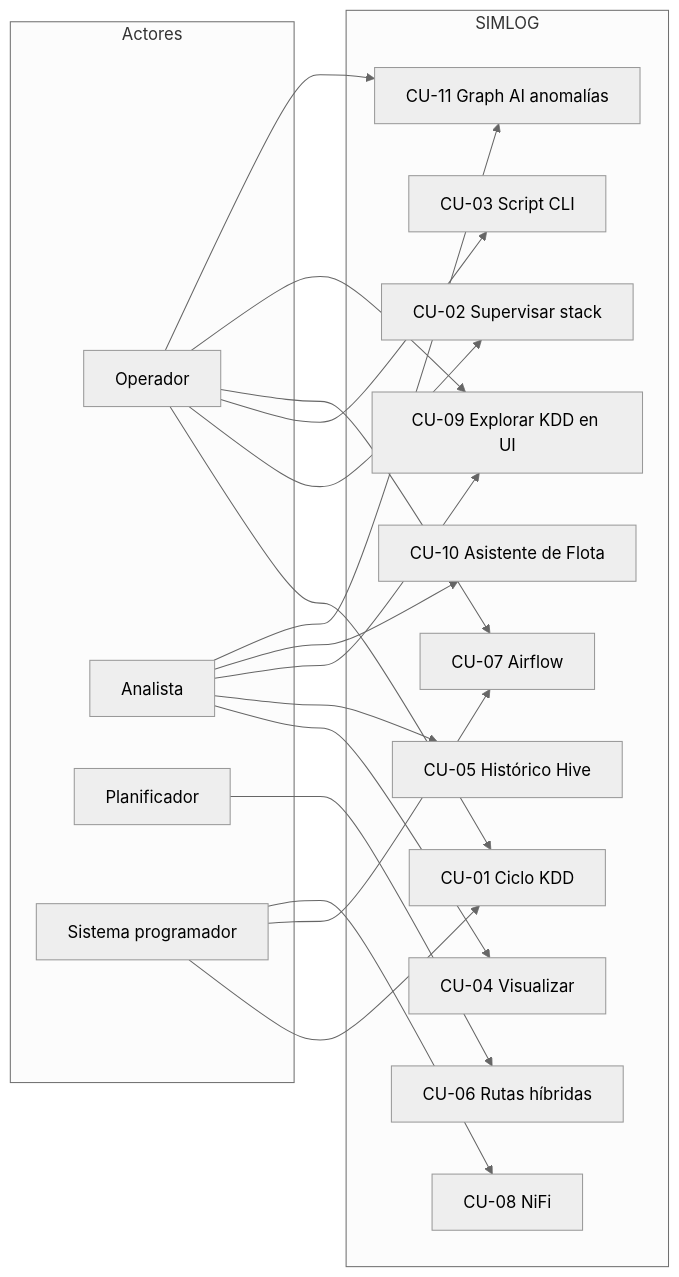
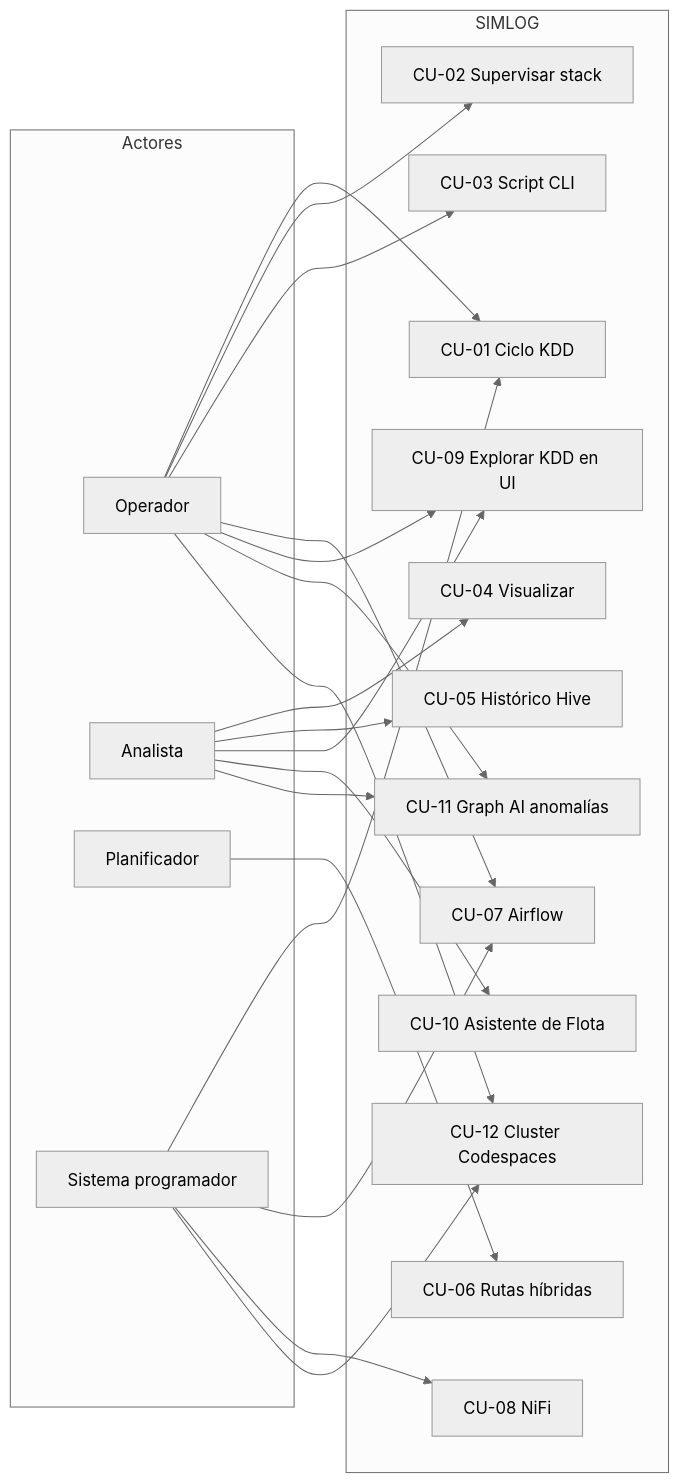
One commit to gracobjo/proyecto_transporte_global_standalone changed the diagram in docs/CASOS_DE_USO.md. Above: the diagram before and after it, drawn with Mermaid (neutral theme). The commit also changed other lines of this file and 6 other files, not shown here.

First line of the commit message:
﻿docs: alinear diseño y manuales con cluster codespaces

````diff
--- a/docs/CASOS_DE_USO.md
+++ b/docs/CASOS_DE_USO.md
@@ -97,37 +105,40 @@
 ```mermaid
 flowchart LR
   subgraph Actores
     OP[Operador]
     AN[Analista]
     PL[Planificador]
     PR[Sistema programador]
   end
   subgraph SIMLOG
     CU1[CU-01 Ciclo KDD]
     CU2[CU-02 Supervisar stack]
     CU3[CU-03 Script CLI]
     CU4[CU-04 Visualizar]
     CU5[CU-05 Histórico Hive]
     CU6[CU-06 Rutas híbridas]
     CU7[CU-07 Airflow]
     CU8[CU-08 NiFi]
     CU9[CU-09 Explorar KDD en UI]
     CU10[CU-10 Asistente de Flota]
     CU11[CU-11 Graph AI anomalías]
+    CU12[CU-12 Cluster Codespaces]
   end
   OP --> CU1
   OP --> CU2
   OP --> CU3
   OP --> CU7
   OP --> CU9
   AN --> CU4
   AN --> CU5
   AN --> CU9
   AN --> CU10
   PL --> CU6
   PR --> CU1
   PR --> CU7
   PR --> CU8
   OP --> CU11
   AN --> CU11
+  OP --> CU12
+  PR --> CU12
 ```
````
